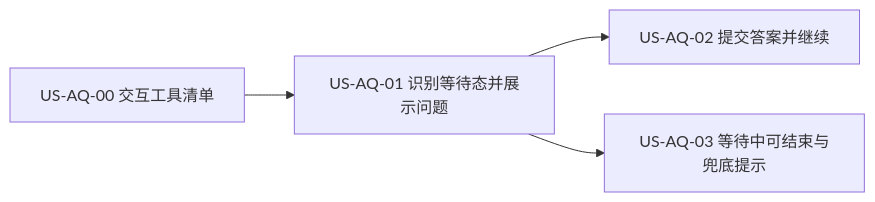
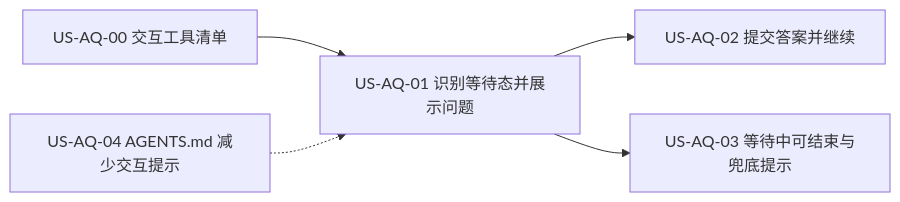
One commit to Pedro-MAFS/ftcs changed the diagram in docs/31-需求-探索等待用户回复.md. Above: the diagram before and after it, drawn with Mermaid. The commit also changed other lines of this file, not shown here.

````diff
--- a/docs/31-需求-探索等待用户回复.md
+++ b/docs/31-需求-探索等待用户回复.md
@@ -88,6 +92,7 @@
 ```mermaid
 flowchart LR
-  AQ01[US-AQ-01 识别等待态并展示问题] --> AQ02[US-AQ-02 提交答案并继续]
+  AQ00[US-AQ-00 交互工具清单] --> AQ01[US-AQ-01 识别等待态并展示问题]
+  AQ01 --> AQ02[US-AQ-02 提交答案并继续]
   AQ01 --> AQ03[US-AQ-03 等待中可结束与兜底提示]
-  AQ00[US-AQ-00 交互工具清单] --> AQ01
+  AQ04[US-AQ-04 AGENTS.md 减少交互提示] -.-> AQ01
 ```
````
